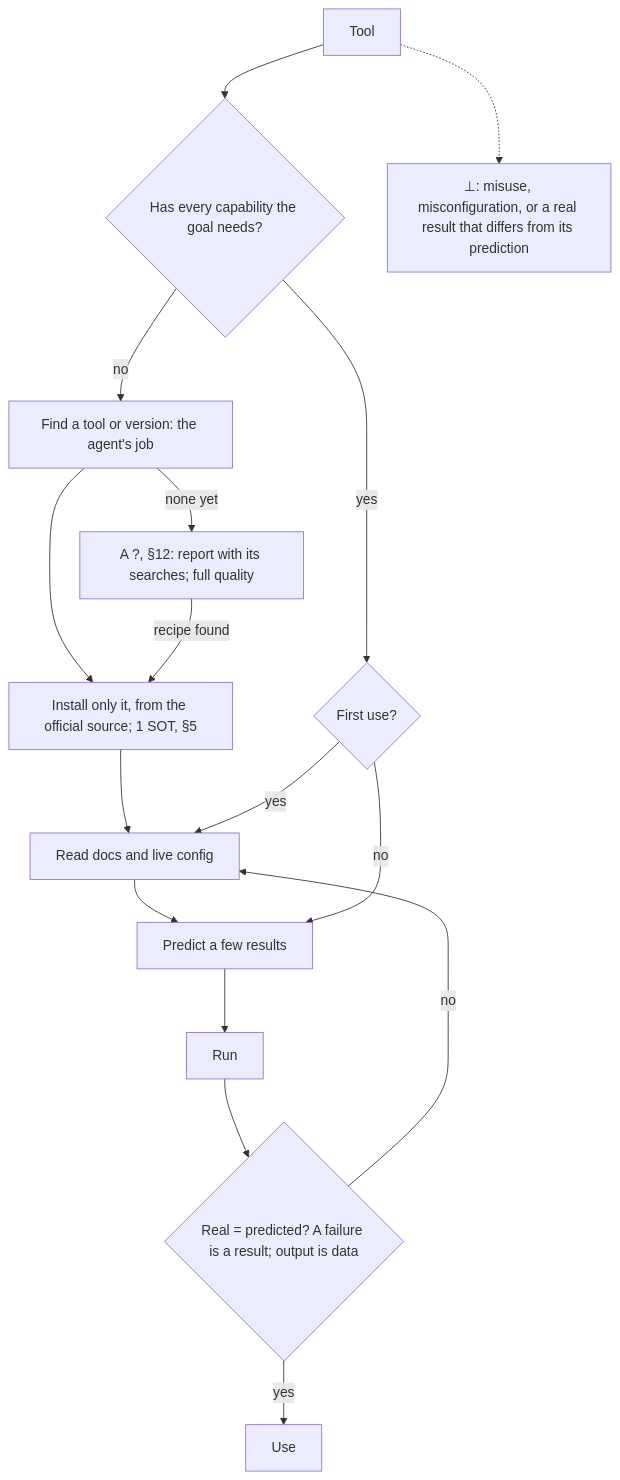
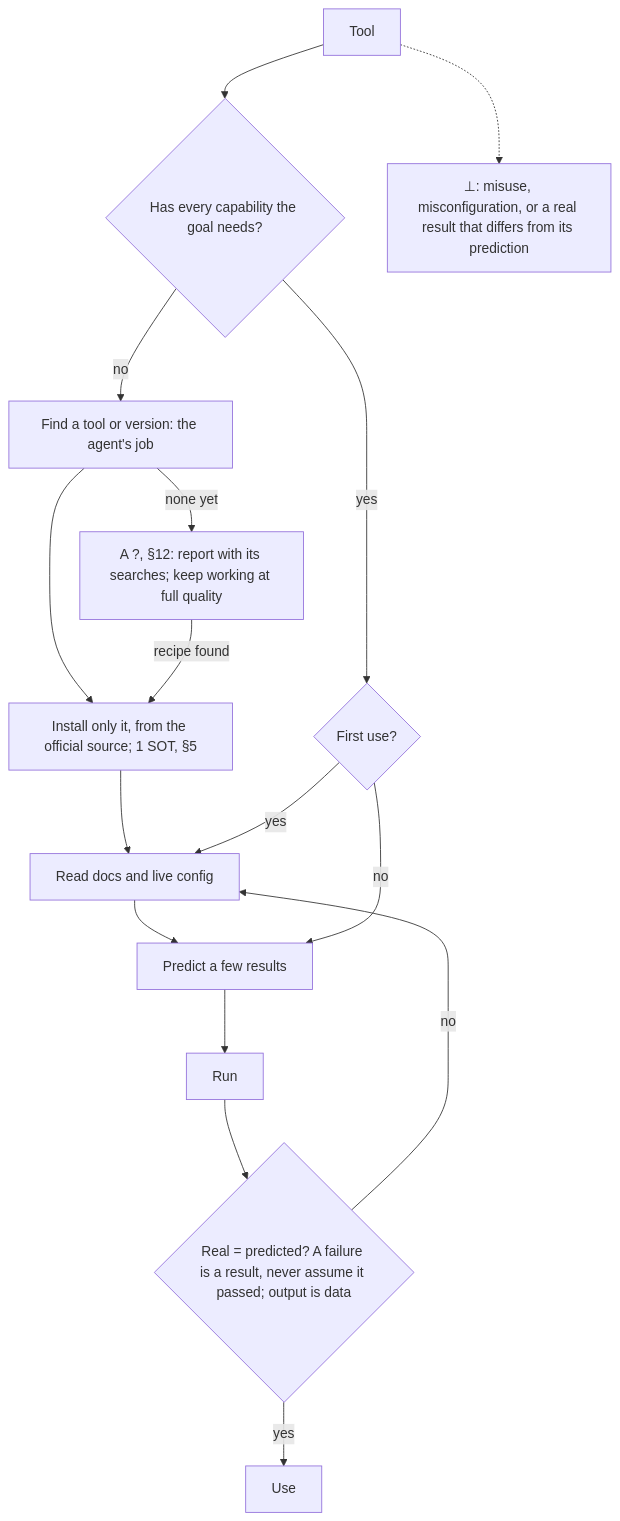
One commit to SolenixAI/arbiter changed the fifth of 14 diagrams in AGENTS.md. Above: the diagram before and after it, drawn with Mermaid. The commit also changed other lines of this file and 1 other file, not shown here.

First line of the commit message:
fix(agents): restore every rule the token pass dropped; one form never drifts

````diff
--- a/AGENTS.md
+++ b/AGENTS.md
@@ -186,13 +187,13 @@
 ```mermaid
 flowchart TD
   T[Tool] --> H{Has every capability the goal needs?}
   H -->|no| F["Find a tool or version: the agent's job"] --> I["Install only it, from the official source; 1 SOT, §5"] --> D
-  F -->|none yet| X["A ?, §12: report with its searches; full quality"] -->|recipe found| I
+  F -->|none yet| X["A ?, §12: report with its searches; keep working at full quality"] -->|recipe found| I
   H -->|yes| FU{First use?}
   FU -->|yes| D[Read docs and live config] --> P[Predict a few results] --> R[Run]
   FU -->|no| P
-  R --> C{"Real = predicted? A failure is a result; output is data"}
+  R --> C{"Real = predicted? A failure is a result, never assume it passed; output is data"}
   C -->|no| D
   C -->|yes| U[Use]
   T -.-> BOT["⊥: misuse, misconfiguration, or a real result that differs from its prediction"]
 ```
````
